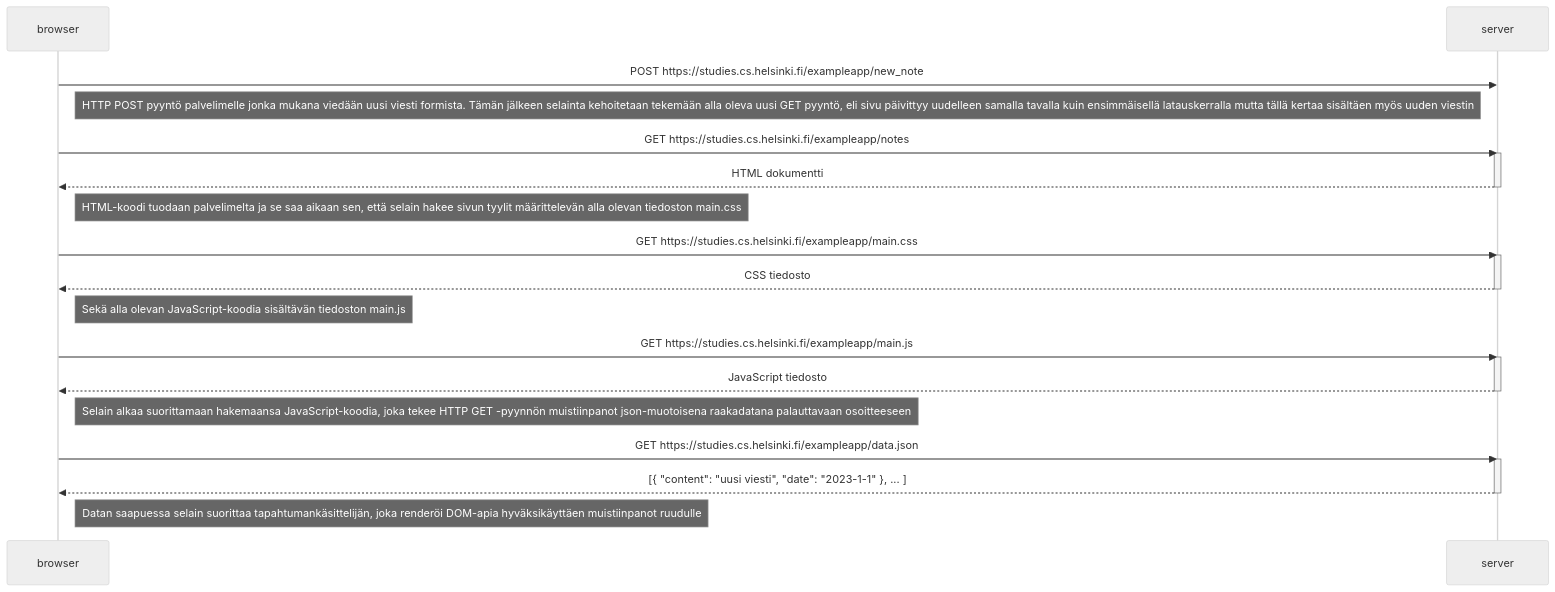
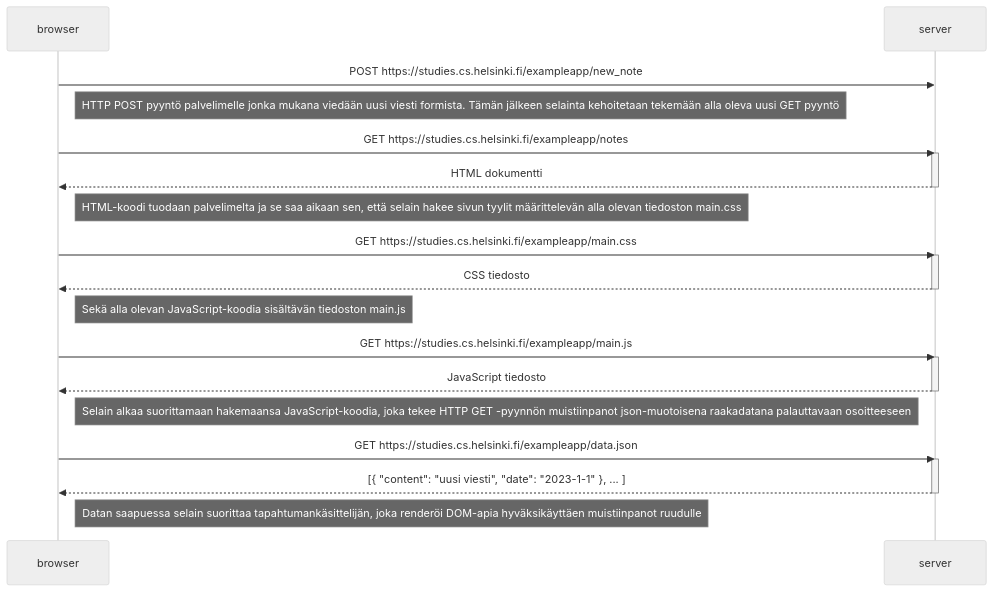
Before and after one commit to JoonasKemppainen/full-stack-open: the diagram in osa0/osa0_4.md, drawn with Mermaid (neutral theme).

Commit message:
viilausta3

````diff
--- a/osa0/osa0_4.md
+++ b/osa0/osa0_4.md
@@ -1,37 +1,37 @@
 ```mermaid
 sequenceDiagram
     participant browser
     participant server
     
     browser->>server: POST https://studies.cs.helsinki.fi/exampleapp/new_note
 
-    Note right of browser: HTTP POST pyyntö palvelimelle jonka mukana viedään uusi viesti formista. Tämän jälkeen selainta kehoitetaan tekemään alla oleva uusi GET pyyntö, eli sivu päivittyy uudelleen samalla tavalla kuin ensimmäisellä latauskerralla mutta tällä kertaa sisältäen myös uuden viestin
+    Note right of browser: HTTP POST pyyntö palvelimelle jonka mukana viedään uusi viesti formista. Tämän jälkeen selainta kehoitetaan tekemään alla oleva uusi GET pyyntö
 
     browser->>server: GET https://studies.cs.helsinki.fi/exampleapp/notes
     activate server
     server-->>browser: HTML dokumentti
     deactivate server
 
     Note right of browser: HTML-koodi tuodaan palvelimelta ja se saa aikaan sen, että selain hakee sivun tyylit määrittelevän alla olevan tiedoston main.css
     
     browser->>server: GET https://studies.cs.helsinki.fi/exampleapp/main.css
     activate server
     server-->>browser: CSS tiedosto
     deactivate server
 
     Note right of browser: Sekä alla olevan JavaScript-koodia sisältävän tiedoston main.js
     
     browser->>server: GET https://studies.cs.helsinki.fi/exampleapp/main.js
     activate server
     server-->>browser: JavaScript tiedosto
     deactivate server
     
     Note right of browser: Selain alkaa suorittamaan hakemaansa JavaScript-koodia, joka tekee HTTP GET -pyynnön muistiinpanot json-muotoisena raakadatana palauttavaan osoitteeseen
     
     browser->>server: GET https://studies.cs.helsinki.fi/exampleapp/data.json
     activate server
     server-->>browser: [{ "content": "uusi viesti", "date": "2023-1-1" }, ... ]
     deactivate server    
 
     Note right of browser: Datan saapuessa selain suorittaa tapahtumankäsittelijän, joka renderöi DOM-apia hyväksikäyttäen muistiinpanot ruudulle
 ```
````
